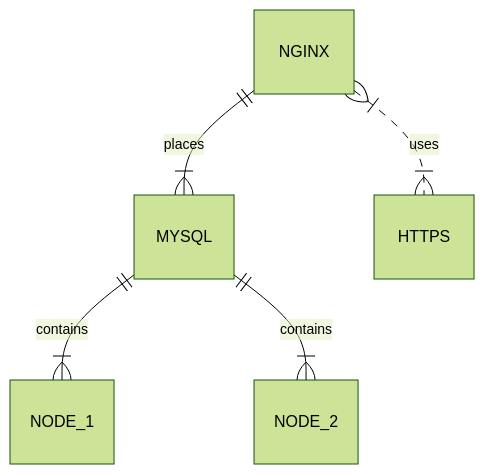
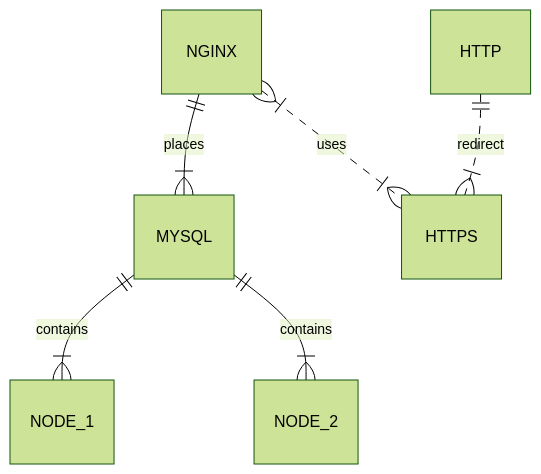
Before and after one commit to HandAssMan/zabbix: the diagram in README.md, drawn with Mermaid (forest theme).

````diff
--- a/README.md
+++ b/README.md
@@ -3,7 +3,8 @@
 ```mermaid
 erDiagram
     NGINX ||--|{ MYSQL : places
     MYSQL ||--|{ NODE_1 : contains
     MYSQL ||--|{ NODE_2 : contains
     NGINX }|..|{ HTTPS : uses
+    HTTP ||..|{ HTTPS : redirect
 ```
````
